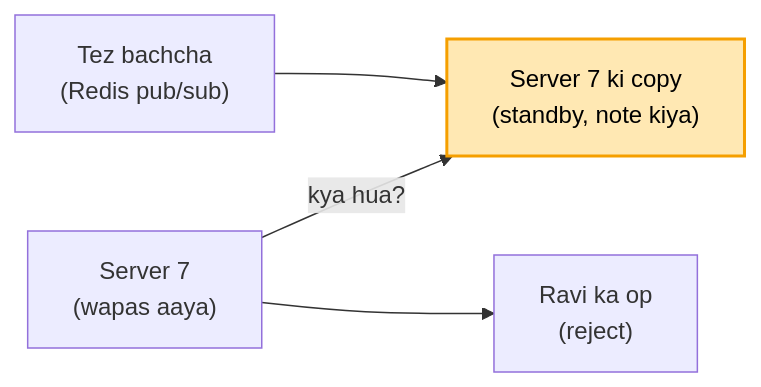
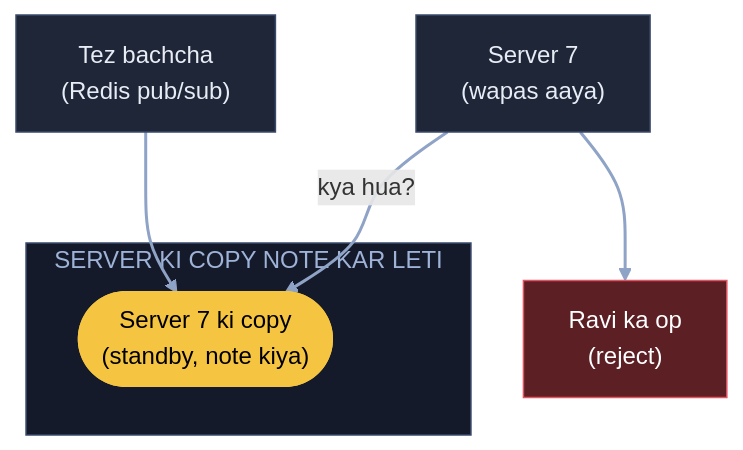
Before and after one commit to ArpanMaheshwari144/Prep: the seventh of 7 diagrams in 04_HLD/SYSTEM_DESIGNS/11_google_docs_collab/11_google_docs_collab.md, drawn with Mermaid. The commit also changed other lines of this file, not shown here.

Commit message:
Docs: 7 diagram YouTube (reel) wale card andaaz me

````diff
--- a/04_HLD/SYSTEM_DESIGNS/11_google_docs_collab/11_google_docs_collab.md
+++ b/04_HLD/SYSTEM_DESIGNS/11_google_docs_collab/11_google_docs_collab.md
@@ -166,7 +233,18 @@
 ```mermaid
-flowchart LR
-    P["Tez bachcha<br/>(Redis pub/sub)"] --> C["Server 7 ki copy<br/>(standby, note kiya)"]
-    S7["Server 7<br/>(wapas aaya)"] -- "kya hua?" --> C
-    S7 --> X["Ravi ka op<br/>(reject)"]
-    style C fill:#ffe8b3,stroke:#f59f00,stroke-width:2px,color:#000
+flowchart TB
+    P["Tez bachcha<br/>(Redis pub/sub)"]:::card
+    subgraph CP["SERVER KI COPY NOTE KAR LETI"]
+        C(["Server 7 ki copy<br/>(standby, note kiya)"]):::pill
+    end
+    S7["Server 7<br/>(wapas aaya)"]:::card
+    X["Ravi ka op<br/>(reject)"]:::bad
+    P --> C
+    S7 -- "kya hua?" --> C
+    S7 --> X
+    linkStyle default stroke:#8fa3c7,stroke-width:2px
+    classDef card fill:#1e2638,stroke:#3a4a6b,color:#e8ecf5
+    classDef pill fill:#f5c542,stroke:#f5c542,color:#000
+    classDef good fill:#2e7d4f,stroke:#3fbf6f,color:#fff
+    classDef bad fill:#5c1f24,stroke:#e05561,color:#fff
+    style CP fill:#141a29,stroke:#3a4a6b,color:#9fb3d9
 ```
````
